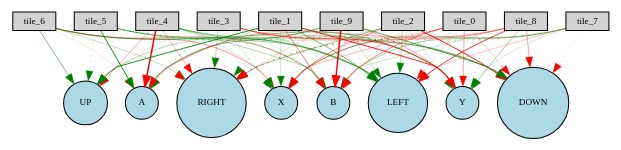
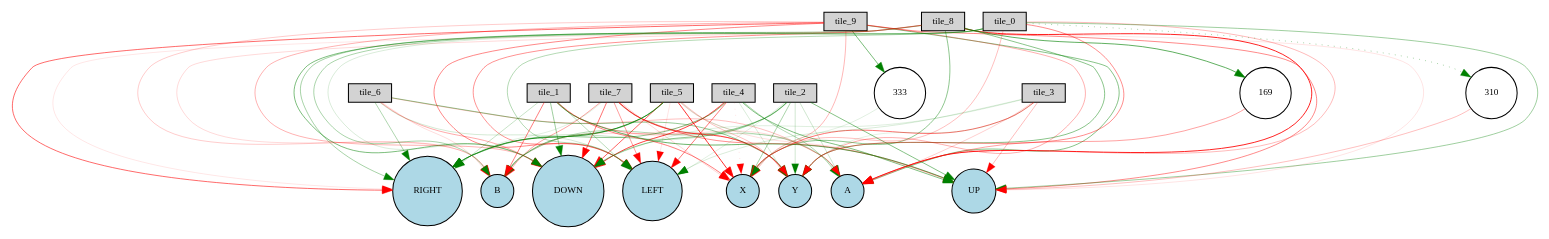
The diagram in neat/Digraph.gv (totobono4/NEAT_SML_Python), drawn with Graphviz before and after one commit. The commit also changed 7 other files, not shown here.

```diff
--- a/neat/Digraph.gv
+++ b/neat/Digraph.gv
@@ -1,91 +1,106 @@
 digraph {
 	node [fontsize=9 height=0.2 shape=circle width=0.2]
 	tile_9 [fillcolor=lightgray shape=box style=filled]
 	tile_8 [fillcolor=lightgray shape=box style=filled]
 	tile_7 [fillcolor=lightgray shape=box style=filled]
 	tile_6 [fillcolor=lightgray shape=box style=filled]
 	tile_5 [fillcolor=lightgray shape=box style=filled]
 	tile_4 [fillcolor=lightgray shape=box style=filled]
 	tile_3 [fillcolor=lightgray shape=box style=filled]
 	tile_2 [fillcolor=lightgray shape=box style=filled]
 	tile_1 [fillcolor=lightgray shape=box style=filled]
 	tile_0 [fillcolor=lightgray shape=box style=filled]
 	A [fillcolor=lightblue style=filled]
 	B [fillcolor=lightblue style=filled]
 	X [fillcolor=lightblue style=filled]
 	Y [fillcolor=lightblue style=filled]
 	UP [fillcolor=lightblue style=filled]
 	DOWN [fillcolor=lightblue style=filled]
 	LEFT [fillcolor=lightblue style=filled]
 	RIGHT [fillcolor=lightblue style=filled]
-	tile_9 -> A [color=green penwidth=0.5431081109909606 style=solid]
-	tile_9 -> B [color=red penwidth=1.4177001146863595 style=solid]
-	tile_9 -> Y [color=red penwidth=0.3325373991407603 style=solid]
-	tile_9 -> UP [color=green penwidth=0.1520343511010251 style=solid]
-	tile_9 -> DOWN [color=green penwidth=0.6390155084976591 style=solid]
-	tile_9 -> LEFT [color=green penwidth=0.22873885607448807 style=solid]
-	tile_9 -> RIGHT [color=red penwidth=0.20133193807469987 style=solid]
-	tile_8 -> A [color=red penwidth=0.3422304404594721 style=solid]
-	tile_8 -> B [color=green penwidth=0.2235205239704524 style=solid]
-	tile_8 -> X [color=red penwidth=0.40573297494015303 style=solid]
-	tile_8 -> Y [color=green penwidth=0.35895201257391585 style=solid]
-	tile_8 -> DOWN [color=red penwidth=0.35774023664944965 style=solid]
-	tile_8 -> LEFT [color=red penwidth=0.7819663165775802 style=solid]
-	tile_7 -> B [color=green penwidth=0.37653191954870147 style=solid]
-	tile_7 -> X [color=green penwidth=0.41750207577159604 style=solid]
-	tile_7 -> Y [color=green penwidth=0.15538692126411957 style=solid]
-	tile_7 -> DOWN [color=red penwidth=0.21467292257083787 style=dotted]
-	tile_7 -> LEFT [color=red penwidth=0.22781253455454836 style=solid]
-	tile_7 -> RIGHT [color=red penwidth=0.5581576481817281 style=dotted]
-	tile_6 -> A [color=red penwidth=0.10669527857969258 style=solid]
-	tile_6 -> B [color=red penwidth=0.32083936404086355 style=solid]
-	tile_6 -> X [color=red penwidth=0.4101225594667972 style=solid]
-	tile_6 -> UP [color=green penwidth=0.49810747165188773 style=solid]
-	tile_6 -> LEFT [color=green penwidth=0.6913742496186297 style=solid]
-	tile_6 -> RIGHT [color=green penwidth=0.241595352859704 style=solid]
-	tile_5 -> A [color=green penwidth=0.9127258426362462 style=solid]
-	tile_5 -> B [color=green penwidth=0.3345395496663067 style=solid]
-	tile_5 -> X [color=green penwidth=0.21987631772798694 style=dotted]
-	tile_5 -> Y [color=green penwidth=0.5285909167614223 style=solid]
-	tile_5 -> UP [color=green penwidth=0.2772753157999861 style=dotted]
-	tile_5 -> DOWN [color=green penwidth=0.694044752183383 style=dotted]
-	tile_5 -> RIGHT [color=red penwidth=0.11315231978679482 style=dotted]
-	tile_4 -> A [color=red penwidth=1.442617098565723 style=solid]
-	tile_4 -> B [color=green penwidth=0.3081033989073672 style=solid]
-	tile_4 -> X [color=green penwidth=0.1760182028998678 style=solid]
-	tile_4 -> Y [color=green penwidth=0.25142942769998605 style=solid]
-	tile_4 -> UP [color=red penwidth=0.3254570289364057 style=solid]
-	tile_4 -> DOWN [color=green penwidth=0.2332648586776553 style=solid]
-	tile_4 -> LEFT [color=green penwidth=0.38651144250766745 style=solid]
-	tile_4 -> RIGHT [color=red penwidth=0.31958426857422084 style=solid]
-	tile_3 -> A [color=green penwidth=0.6067050221229054 style=dotted]
-	tile_3 -> B [color=green penwidth=0.12431891969493004 style=solid]
-	tile_3 -> X [color=green penwidth=0.13512109954154658 style=solid]
-	tile_3 -> Y [color=red penwidth=0.6726754449043387 style=solid]
-	tile_3 -> UP [color=red penwidth=0.10257942109344133 style=solid]
-	tile_3 -> DOWN [color=red penwidth=0.20157421470165252 style=solid]
-	tile_3 -> LEFT [color=green penwidth=0.23069923357160807 style=solid]
-	tile_3 -> RIGHT [color=green penwidth=0.2651798759162207 style=solid]
-	tile_2 -> B [color=red penwidth=0.11926369749729071 style=solid]
-	tile_2 -> X [color=red penwidth=0.470765973561283 style=solid]
-	tile_2 -> Y [color=green penwidth=0.1537831956363983 style=solid]
-	tile_2 -> UP [color=green penwidth=0.2027498178284276 style=solid]
-	tile_2 -> DOWN [color=red penwidth=0.8975514104914938 style=solid]
-	tile_2 -> LEFT [color=green penwidth=0.29629703833660637 style=solid]
-	tile_2 -> RIGHT [color=green penwidth=0.44144354429291044 style=solid]
-	tile_1 -> A [color=green penwidth=0.21044350382916155 style=solid]
-	tile_1 -> B [color=red penwidth=0.5053719701663999 style=solid]
-	tile_1 -> X [color=green penwidth=0.19718769251714463 style=solid]
-	tile_1 -> Y [color=red penwidth=0.8770375509315763 style=solid]
-	tile_1 -> UP [color=green penwidth=0.8640457217796276 style=solid]
-	tile_1 -> DOWN [color=green penwidth=0.39597294383314496 style=solid]
-	tile_1 -> LEFT [color=green penwidth=0.5493995197100096 style=solid]
-	tile_1 -> RIGHT [color=green penwidth=0.15681414242563707 style=dotted]
-	tile_0 -> A [color=red penwidth=0.19537022619286482 style=solid]
-	tile_0 -> B [color=red penwidth=0.489654529532185 style=solid]
-	tile_0 -> X [color=red penwidth=0.2944863460679268 style=solid]
-	tile_0 -> Y [color=red penwidth=0.37102907169330424 style=solid]
-	tile_0 -> DOWN [color=red penwidth=0.18915946124667238 style=solid]
-	tile_0 -> LEFT [color=red penwidth=0.11346701812917705 style=solid]
-	tile_0 -> RIGHT [color=red penwidth=0.6708121125448617 style=dotted]
+	169 [fillcolor=white style=filled]
+	333 [fillcolor=white style=filled]
+	310 [fillcolor=white style=filled]
+	tile_9 -> A [color=green penwidth=0.4587918231938384 style=solid]
+	tile_9 -> B [color=red penwidth=0.1969306066053858 style=solid]
+	tile_9 -> X [color=red penwidth=0.2834504156266565 style=solid]
+	tile_9 -> Y [color=red penwidth=0.3136262847349179 style=solid]
+	tile_9 -> UP [color=red penwidth=0.4505535125173623 style=solid]
+	tile_9 -> DOWN [color=red penwidth=0.3037584138998237 style=solid]
+	tile_9 -> LEFT [color=red penwidth=0.4626226336099456 style=solid]
+	tile_9 -> RIGHT [color=red penwidth=0.5657393443498916 style=solid]
+	tile_8 -> A [color=red penwidth=0.8445644949674468 style=solid]
+	tile_8 -> B [color=red penwidth=0.14766822071755503 style=solid]
+	tile_8 -> X [color=green penwidth=0.4315352678446567 style=solid]
+	tile_8 -> Y [color=green penwidth=0.45048592229380613 style=solid]
+	tile_8 -> UP [color=red penwidth=0.11426910084987968 style=solid]
+	tile_8 -> DOWN [color=green penwidth=0.5033208826788943 style=solid]
+	tile_8 -> LEFT [color=red penwidth=0.4179794609716543 style=solid]
+	tile_8 -> RIGHT [color=red penwidth=0.10388686701051751 style=solid]
+	tile_7 -> A [color=green penwidth=0.22117114178796854 style=solid]
+	tile_7 -> B [color=red penwidth=0.3468797087804064 style=solid]
+	tile_7 -> X [color=red penwidth=0.16398931652417198 style=solid]
+	tile_7 -> Y [color=red penwidth=0.6782117138681586 style=solid]
+	tile_7 -> UP [color=red penwidth=0.4283572721466159 style=solid]
+	tile_7 -> DOWN [color=red penwidth=0.5530188011353805 style=solid]
+	tile_7 -> LEFT [color=red penwidth=0.38139653248542793 style=solid]
+	tile_7 -> RIGHT [color=green penwidth=0.11740313733338957 style=solid]
+	tile_6 -> A [color=red penwidth=0.24593234995008414 style=solid]
+	tile_6 -> B [color=red penwidth=0.1381147055765829 style=solid]
+	tile_6 -> Y [color=green penwidth=0.41057682385235583 style=solid]
+	tile_6 -> DOWN [color=red penwidth=0.33352077411940995 style=solid]
+	tile_6 -> LEFT [color=green penwidth=0.17028968838520275 style=solid]
+	tile_6 -> RIGHT [color=green penwidth=0.3137355427685905 style=solid]
+	tile_5 -> A [color=green penwidth=0.19462251399120956 style=solid]
+	tile_5 -> B [color=green penwidth=0.5458929505440379 style=solid]
+	tile_5 -> X [color=red penwidth=0.7876141531690246 style=solid]
+	tile_5 -> Y [color=red penwidth=0.242388140304235 style=solid]
+	tile_5 -> UP [color=red penwidth=0.12741765652908996 style=solid]
+	tile_5 -> DOWN [color=red penwidth=0.6017965720490431 style=solid]
+	tile_5 -> LEFT [color=red penwidth=0.1081329478486604 style=solid]
+	tile_5 -> RIGHT [color=green penwidth=0.7425886620108489 style=solid]
+	tile_4 -> A [color=green penwidth=0.2952551431211091 style=solid]
+	tile_4 -> B [color=red penwidth=0.14054801919597254 style=solid]
+	tile_4 -> X [color=red penwidth=0.10548622831261813 style=dotted]
+	tile_4 -> Y [color=green penwidth=0.15275912784158652 style=solid]
+	tile_4 -> UP [color=green penwidth=0.48682327852601437 style=solid]
+	tile_4 -> DOWN [color=red penwidth=0.7339225504890683 style=solid]
+	tile_4 -> LEFT [color=red penwidth=0.5127184114695706 style=solid]
+	tile_4 -> RIGHT [color=green penwidth=0.4343016892691771 style=solid]
+	tile_3 -> A [color=red penwidth=0.18788925739922768 style=solid]
+	tile_3 -> X [color=red penwidth=0.5362921291332878 style=solid]
+	tile_3 -> Y [color=green penwidth=0.10759641299718765 style=solid]
+	tile_3 -> UP [color=red penwidth=0.2623446309386334 style=solid]
+	tile_3 -> DOWN [color=green penwidth=0.13207461828057443 style=solid]
+	tile_3 -> LEFT [color=green penwidth=0.15253087689115705 style=solid]
+	tile_2 -> A [color=green penwidth=0.1946046576864433 style=solid]
+	tile_2 -> B [color=green penwidth=0.2984095401088225 style=solid]
+	tile_2 -> X [color=green penwidth=0.33133848375815633 style=solid]
+	tile_2 -> Y [color=green penwidth=0.18139650830519904 style=solid]
+	tile_2 -> UP [color=green penwidth=0.4690767205445995 style=solid]
+	tile_2 -> DOWN [color=green penwidth=0.4092141657224684 style=solid]
+	tile_2 -> LEFT [color=green penwidth=0.11881148244560279 style=solid]
+	tile_2 -> RIGHT [color=green penwidth=0.22642924930781774 style=solid]
+	tile_1 -> A [color=red penwidth=0.15114156759103328 style=solid]
+	tile_1 -> B [color=red penwidth=0.5042117269390092 style=solid]
+	tile_1 -> X [color=red penwidth=0.49746587196710057 style=solid]
+	tile_1 -> Y [color=red penwidth=0.2382497006935999 style=solid]
+	tile_1 -> UP [color=green penwidth=0.5710775713208053 style=solid]
+	tile_1 -> DOWN [color=green penwidth=0.3821238065288033 style=solid]
+	tile_1 -> LEFT [color=green penwidth=0.26859516666255845 style=solid]
+	tile_1 -> RIGHT [color=green penwidth=0.22465390401491916 style=solid]
+	tile_0 -> A [color=red penwidth=0.26990720117654315 style=solid]
+	tile_0 -> B [color=green penwidth=0.3325455926863349 style=solid]
+	tile_0 -> X [color=red penwidth=0.2521830647125481 style=solid]
+	tile_0 -> Y [color=red penwidth=0.4442273362081117 style=solid]
+	tile_0 -> UP [color=green penwidth=0.37147408157350126 style=solid]
+	tile_0 -> DOWN [color=green penwidth=0.15118157760921613 style=solid]
+	tile_0 -> LEFT [color=green penwidth=0.2921846364189944 style=solid]
+	tile_0 -> RIGHT [color=green penwidth=0.338988624354602 style=solid]
+	tile_8 -> 169 [color=green penwidth=0.6095315306833836 style=solid]
+	169 -> A [color=red penwidth=0.35763501511380325 style=solid]
+	tile_0 -> 310 [color=green penwidth=0.32303572496119176 style=dotted]
+	310 -> UP [color=red penwidth=0.2528314860737159 style=solid]
+	tile_9 -> 333 [color=green penwidth=0.5161554089675288 style=solid]
+	333 -> X [color=green penwidth=0.11588230327663492 style=solid]
 }
```
